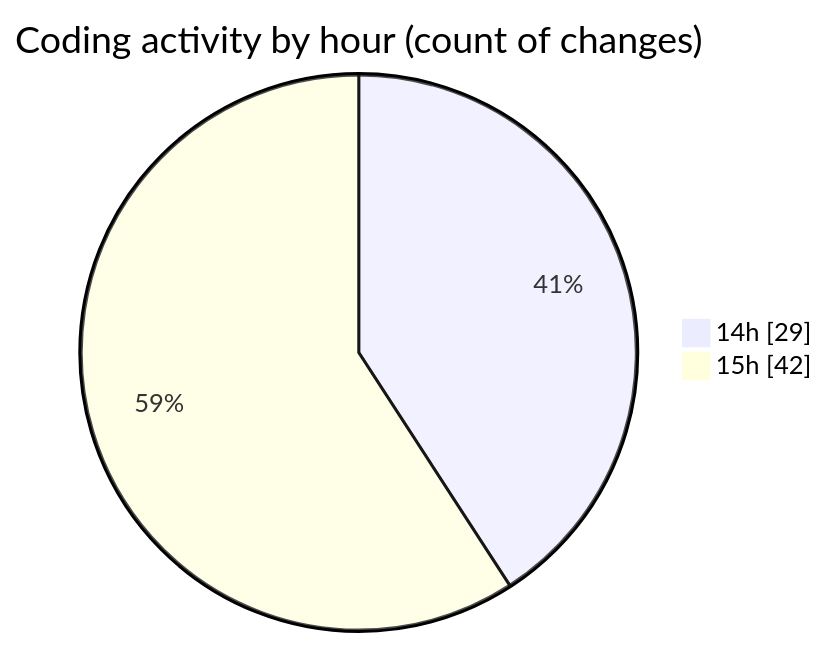
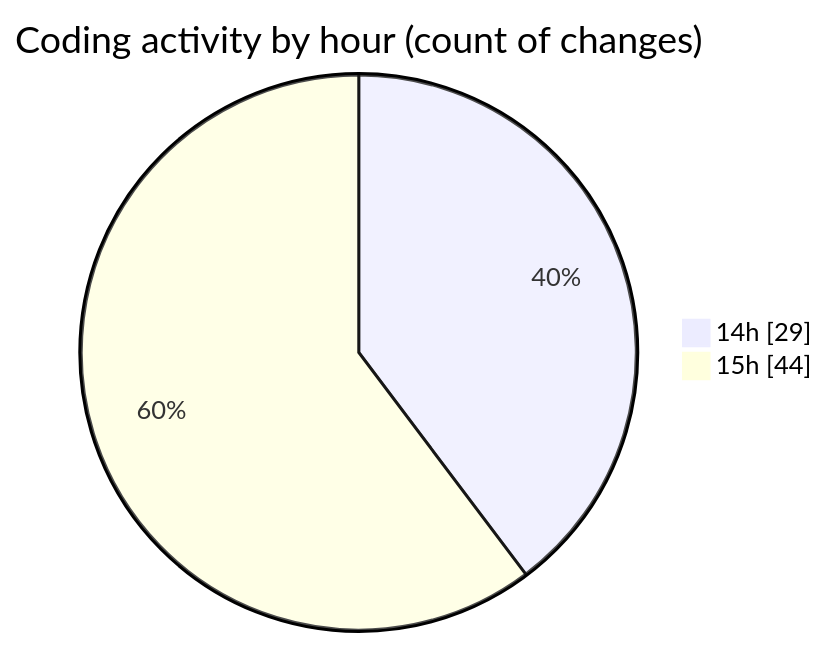
Before and after one commit to CELIANVF/code-tracking: the second of 2 diagrams in 2025-06-05/ecodeli-1/README.md, drawn with Mermaid. The commit also changed other lines of this file and 1 other file, not shown here.

````diff
--- a/2025-06-05/ecodeli-1/README.md
+++ b/2025-06-05/ecodeli-1/README.md
@@ -60,6 +61,6 @@
 ```mermaid
 pie showData
 title Coding activity by hour (count of changes)
 "14h" : 29
-"15h" : 42
+"15h" : 44
 ```
````
